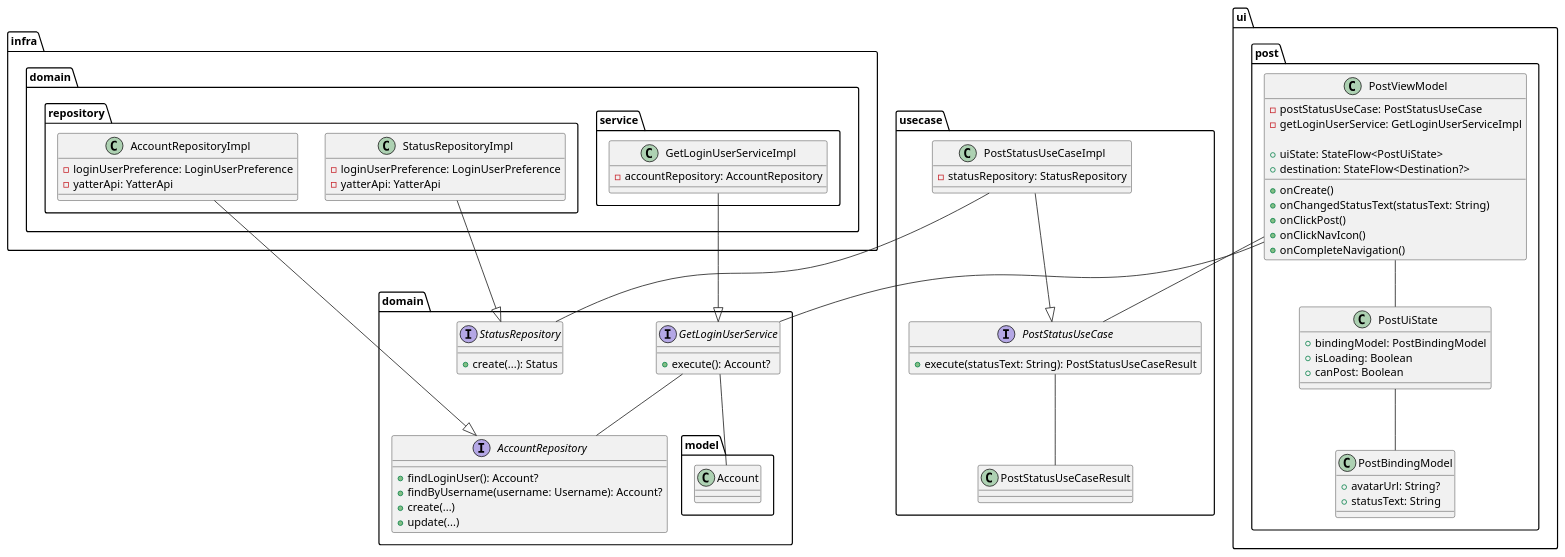
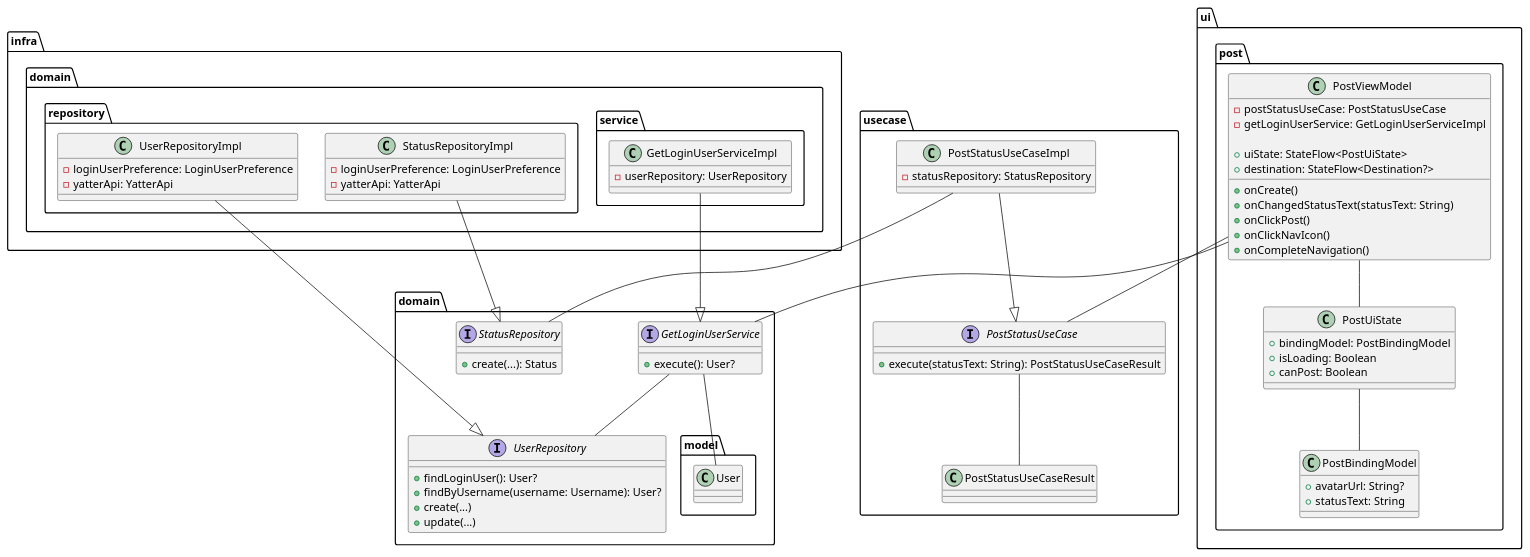
The diagram in design/tweet.puml (suzukibelltree/Yatter2025-Internship), drawn with PlantUML before and after one commit. The commit also changed 36 other files, not shown here.

```diff
--- a/design/tweet.puml
+++ b/design/tweet.puml
@@ -1,101 +1,101 @@
 @startuml
 
 package domain {
   package model {
-    class Account
+    class User
   }
 
-  interface AccountRepository {
-    + findLoginUser(): Account?
-    + findByUsername(username: Username): Account?
+  interface UserRepository {
+    + findLoginUser(): User?
+    + findByUsername(username: Username): User?
     + create(...)
     + update(...)
   }
 
   interface GetLoginUserService {
-    + execute(): Account?
+    + execute(): User?
   }
 
   interface StatusRepository {
     + create(...): Status
   }
 }
 
 package infra {
   package domain {
     package repository {
-      class AccountRepositoryImpl {
+      class UserRepositoryImpl {
         - loginUserPreference: LoginUserPreference
         - yatterApi: YatterApi
       }
 
       class StatusRepositoryImpl {
         - loginUserPreference: LoginUserPreference
         - yatterApi: YatterApi
       }
     }
     package service {
       class GetLoginUserServiceImpl {
-        - accountRepository: AccountRepository
+        - userRepository: UserRepository
       }
     }
   }
 }
 
 package usecase {
   interface PostStatusUseCase {
     + execute(statusText: String): PostStatusUseCaseResult
   }
 
   class PostStatusUseCaseImpl {
     - statusRepository: StatusRepository
   }
 
   class PostStatusUseCaseResult
 }
 
 package ui.post {
   class PostViewModel {
     - postStatusUseCase: PostStatusUseCase
     - getLoginUserService: GetLoginUserServiceImpl
 
     + uiState: StateFlow<PostUiState>
     + destination: StateFlow<Destination?>
 
     + onCreate()
     + onChangedStatusText(statusText: String)
     + onClickPost()
     + onClickNavIcon()
     + onCompleteNavigation()
   }
 
   class PostUiState {
     + bindingModel: PostBindingModel
     + isLoading: Boolean
     + canPost: Boolean
   }
 
   class PostBindingModel {
     + avatarUrl: String?
     + statusText: String
   }
 }
 
-GetLoginUserService -- Account
+GetLoginUserService -- User
 
 GetLoginUserServiceImpl --|> GetLoginUserService
-AccountRepositoryImpl --|> AccountRepository
+UserRepositoryImpl --|> UserRepository
 StatusRepositoryImpl --|> StatusRepository
 
-GetLoginUserService -- AccountRepository
+GetLoginUserService -- UserRepository
 
 PostStatusUseCaseImpl --|> PostStatusUseCase
 PostStatusUseCase -- PostStatusUseCaseResult
 PostStatusUseCaseImpl -- StatusRepository
 
 PostViewModel -- PostUiState
 PostUiState -- PostBindingModel
 
 PostViewModel -- PostStatusUseCase
 PostViewModel -- GetLoginUserService
 @enduml
```
